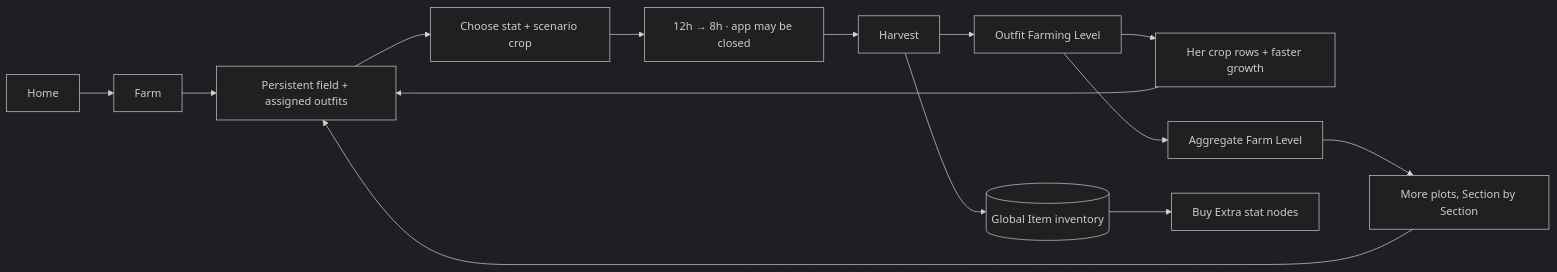
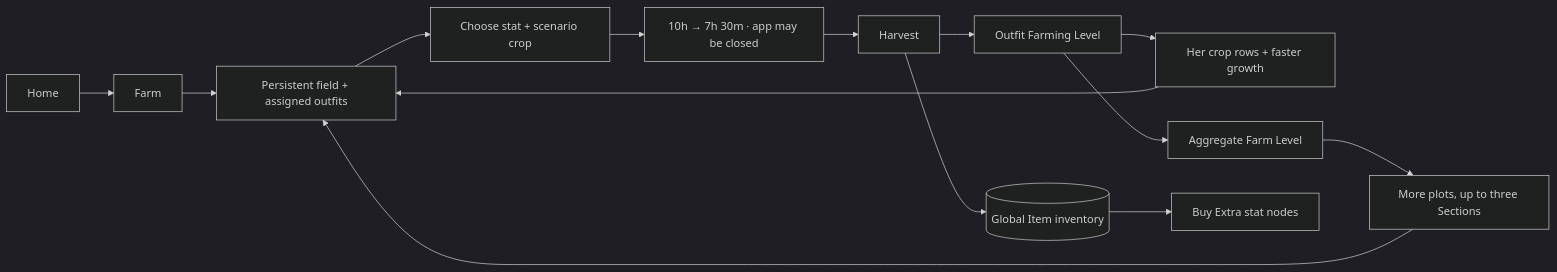
The diagram in docs/design/farm.md (luismlorenzana/uma-racer), drawn with Mermaid (dark theme) before and after one commit. The commit also changed other lines of this file and 18 other files, not shown here.

First line of the commit message:
feat(farm): three Sections, and crops from 10h down to 7h 30m (D237)

````diff
--- a/docs/design/farm.md
+++ b/docs/design/farm.md
@@ -19,16 +20,16 @@
 ```mermaid
 flowchart LR
     Home --> Farm
     Farm --> Field[Persistent field + assigned outfits]
     Field --> Plant[Choose stat + scenario crop]
-    Plant --> Wait[12h → 8h · app may be closed]
+    Plant --> Wait[10h → 7h 30m · app may be closed]
     Wait --> Harvest
     Harvest --> Outfit[Outfit Farming Level]
     Outfit --> Rows[Her crop rows + faster growth]
     Rows --> Field
     Outfit --> Account[Aggregate Farm Level]
-    Account --> Unlock[More plots, Section by Section]
+    Account --> Unlock[More plots, up to three Sections]
     Unlock --> Field
     Harvest --> Items[(Global Item inventory)]
     Items --> Extra[Buy Extra stat nodes]
 ```
````
